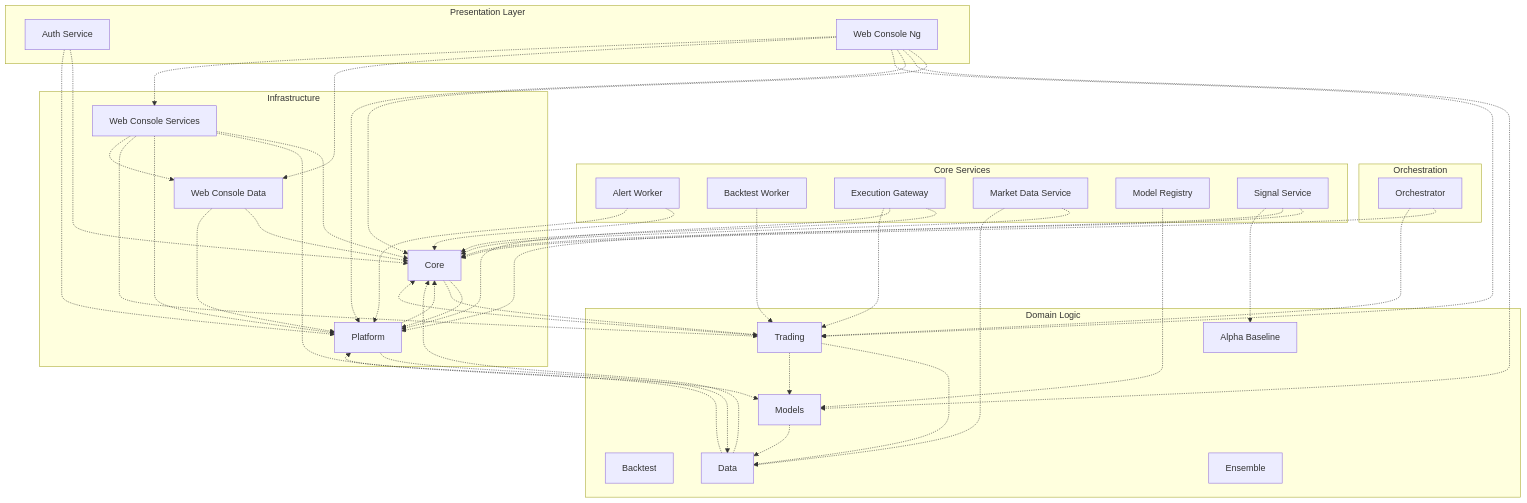
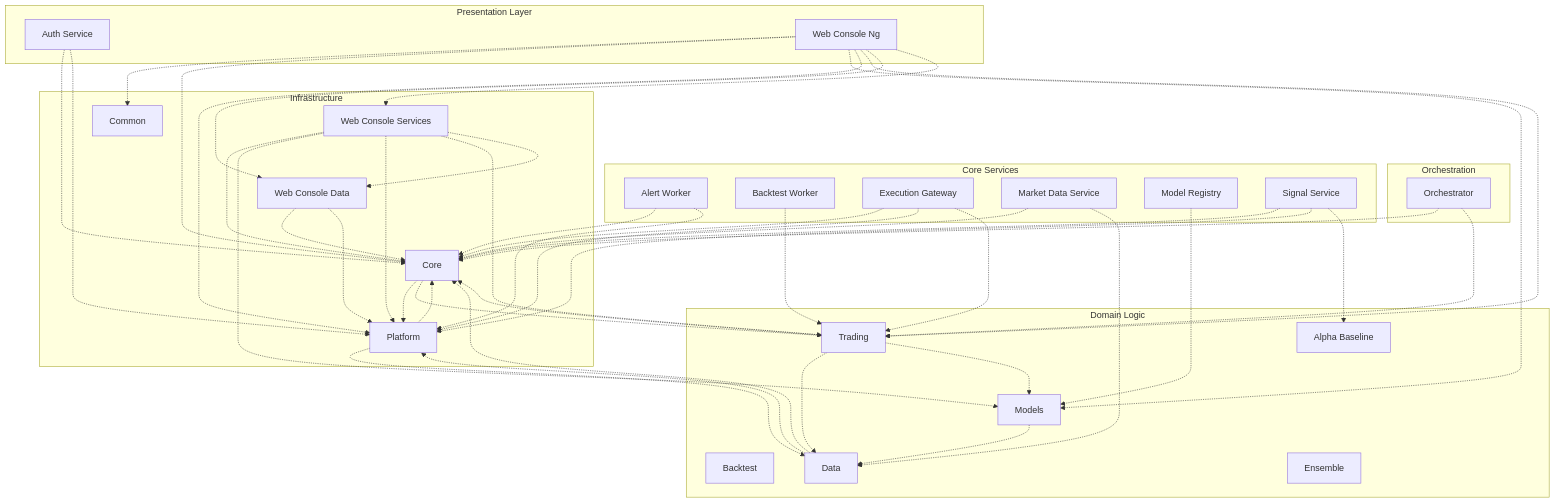
The diagram in docs/ARCHITECTURE/system_map_deps.md (LeeeWayyy/trading_platform), drawn with Mermaid before and after one commit. The commit also changed 28 other files, not shown here.

```diff
--- a/docs/ARCHITECTURE/system_map_deps.md
+++ b/docs/ARCHITECTURE/system_map_deps.md
@@ -26,6 +26,7 @@
     lib_trading["Trading"]
   end
   subgraph infra["Infrastructure"]
+    lib_common["Common"]
     lib_core["Core"]
     lib_platform["Platform"]
     lib_web_console_data["Web Console Data"]
@@ -65,6 +66,7 @@
   svc_signal_service -.-> lib_core
   svc_signal_service -.-> lib_platform
   svc_signal_service -.-> strat_alpha_baseline
+  svc_web_console_ng -.-> lib_common
   svc_web_console_ng -.-> lib_core
   svc_web_console_ng -.-> lib_models
   svc_web_console_ng -.-> lib_platform
@@ -82,6 +84,7 @@
   click svc_orchestrator "../SPECS/services/orchestrator.md"
   click svc_signal_service "../SPECS/services/signal_service.md"
   click svc_web_console_ng "../SPECS/services/web_console_ng.md"
+  click lib_common "../SPECS/libs/common.md"
   click lib_core "../SPECS/libs/core.md"
   click lib_data "../SPECS/libs/data.md"
   click lib_models "../SPECS/libs/models.md"
```
